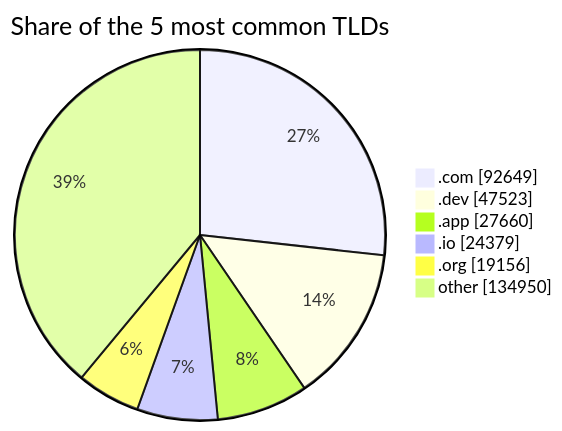
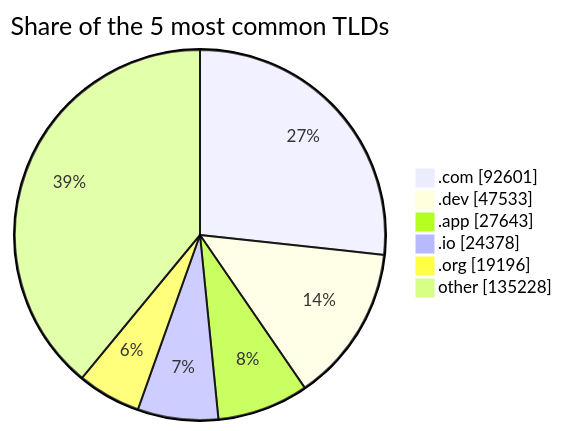
One commit to DNSBunker/CTI changed the third of 3 diagrams in README.md. Above: the diagram before and after it, drawn with Mermaid. The commit also changed other lines of this file and 3 other files, not shown here.

````diff
--- a/README.md
+++ b/README.md
@@ -81,9 +81,9 @@
 ```mermaid
 pie showData title Share of the 5 most common TLDs
-    ".com" : 92649
-    ".dev" : 47523
-    ".app" : 27660
-    ".io" : 24379
-    ".org" : 19156
-    "other" : 134950
+    ".com" : 92601
+    ".dev" : 47533
+    ".app" : 27643
+    ".io" : 24378
+    ".org" : 19196
+    "other" : 135228
 ```
````
